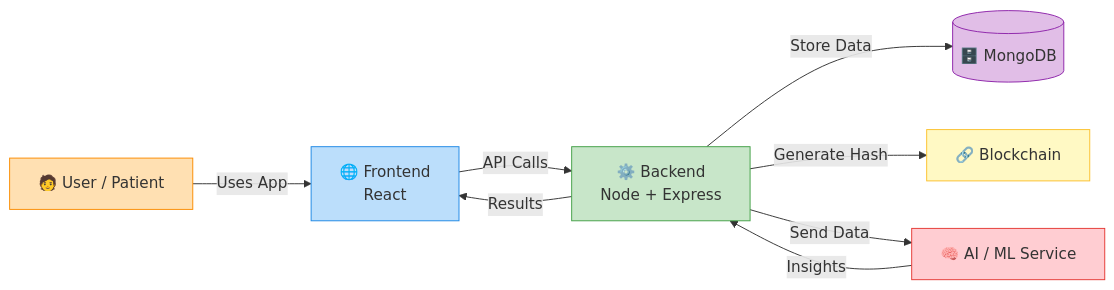
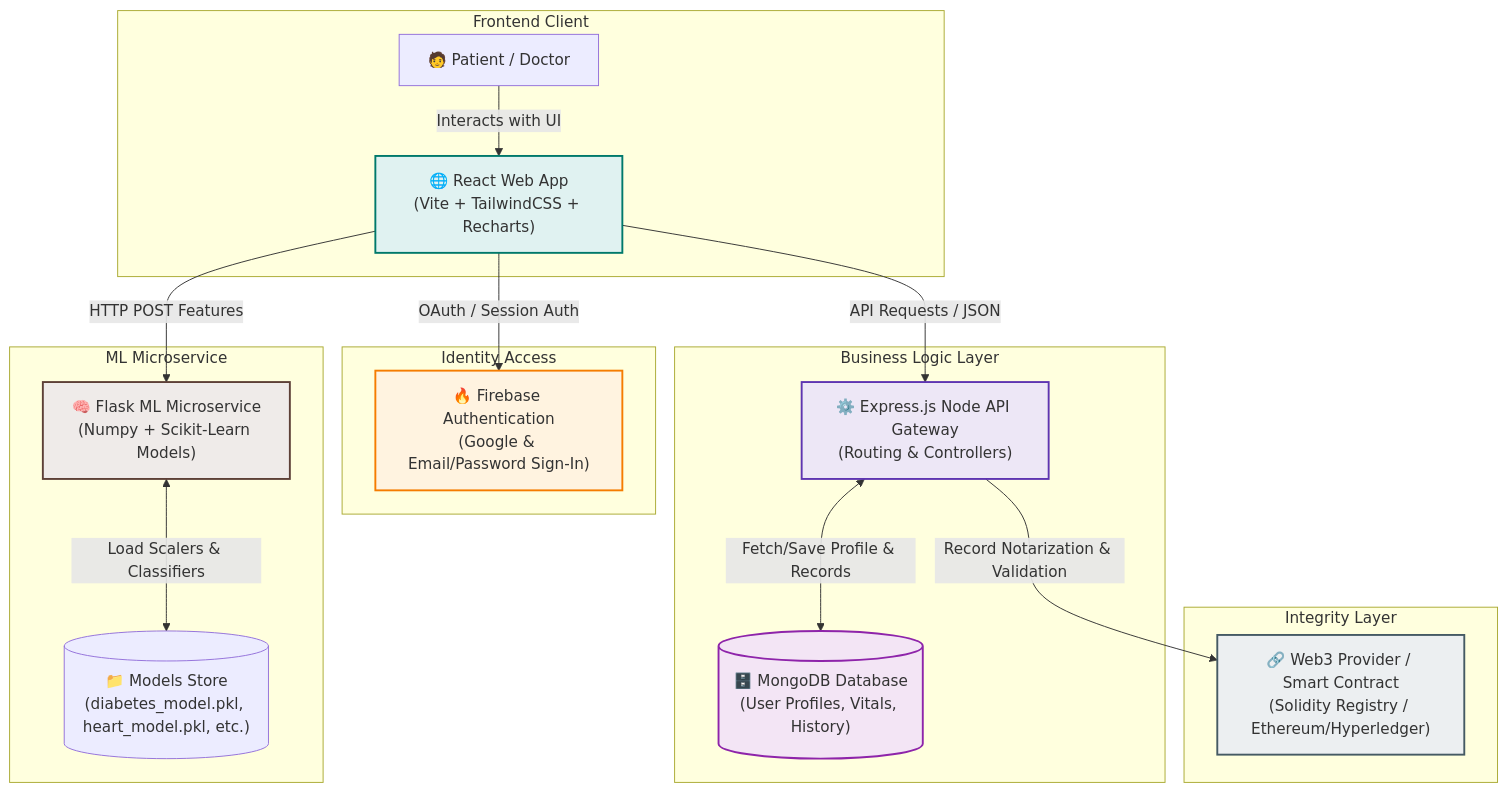
One commit to anikesh-17/JEEVA changed the first of 8 diagrams in README.md. Above: the diagram before and after it, drawn with Mermaid. The commit also changed other lines of this file and 3 other files, not shown here.

````diff
--- a/README.md
+++ b/README.md
@@ -39,17 +36,31 @@
 ```mermaid
-graph LR
-    A[🧑 User / Patient] -->|Uses App| B[🌐 Frontend<br/>React]
-    B -->|API Calls| C[⚙️ Backend<br/>Node + Express]
-    C -->|Store Data| D[(🗄️ MongoDB)]
-    C -->|Generate Hash| E[🔗 Blockchain]
-    C -->|Send Data| F[🧠 AI / ML Service]
-    F -->|Insights| C
-    C -->|Results| B
+graph TD
+    subgraph Client Layer [Frontend Client]
+        A[🧑 Patient / Doctor] -->|Interacts with UI| B["🌐 React Web App\n(Vite + TailwindCSS + Recharts)"]
+    end
 
-    style A fill:#FFE0B2,stroke:#FB8C00
-    style B fill:#BBDEFB,stroke:#1E88E5
-    style C fill:#C8E6C9,stroke:#43A047
-    style D fill:#E1BEE7,stroke:#8E24AA
-    style E fill:#FFF9C4,stroke:#FBC02D
-    style F fill:#FFCDD2,stroke:#E53935
+    subgraph Authentication & Gateway [Identity Access]
+        B -->|OAuth / Session Auth| C["🔥 Firebase Authentication\n(Google & Email/Password Sign-In)"]
+    end
+
+    subgraph Core Services [Business Logic Layer]
+        B -->|API Requests / JSON| D["⚙️ Express.js Node API Gateway\n(Routing & Controllers)"]
+        D <-->|Fetch/Save Profile & Records| E[("🗄️ MongoDB Database\n(User Profiles, Vitals, History)")]
+    end
+
+    subgraph Secure Ledger [Integrity Layer]
+        D -->|Record Notarization & Validation| F["🔗 Web3 Provider / Smart Contract\n(Solidity Registry / Ethereum/Hyperledger)"]
+    end
+
+    subgraph Artificial Intelligence [ML Microservice]
+        B -->|HTTP POST Features| G["🧠 Flask ML Microservice\n(Numpy + Scikit-Learn Models)"]
+        G <-->|Load Scalers & Classifiers| H[("📁 Models Store\n(diabetes_model.pkl, heart_model.pkl, etc.)")]
+    end
+
+    style B fill:#e0f2f1,stroke:#00796b,stroke-width:2px
+    style C fill:#fff3e0,stroke:#f57c00,stroke-width:2px
+    style D fill:#ede7f6,stroke:#5e35b1,stroke-width:2px
+    style E fill:#f3e5f5,stroke:#8e24aa,stroke-width:2px
+    style F fill:#eceff1,stroke:#455a64,stroke-width:2px
+    style G fill:#efebe9,stroke:#5d4037,stroke-width:2px
 ```
````
